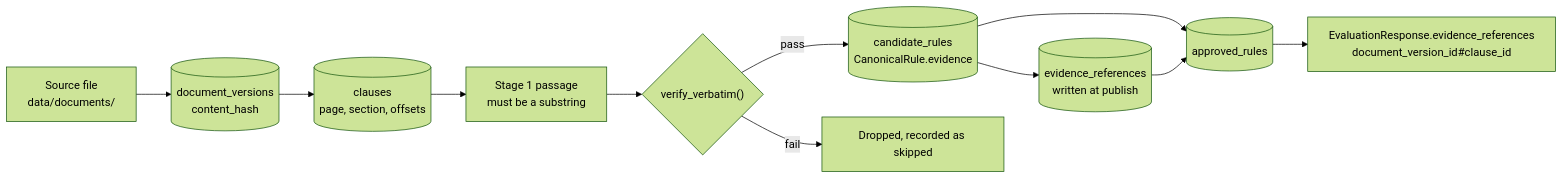
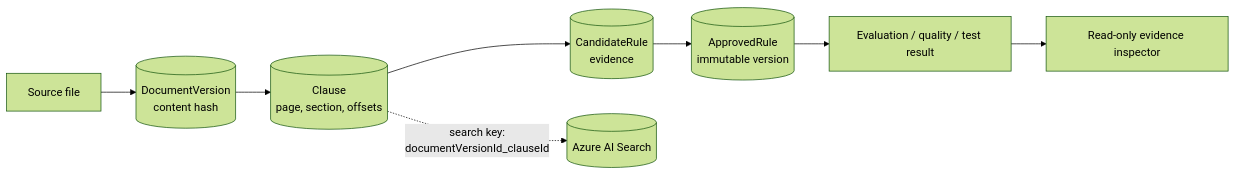
The second of 7 diagrams in docs/capability-flows.md (taomar/policy-governance-engine), drawn with Mermaid (forest theme) before and after one commit. The commit also changed other lines of this file and 3 other files, not shown here.

Commit message:
docs: simplify document control flows

````diff
--- a/docs/capability-flows.md
+++ b/docs/capability-flows.md
@@ -191,18 +53,13 @@
 ```mermaid
 flowchart LR
-    Src["Source file<br/>data/documents/"]
-    DV[("document_versions<br/>content_hash")]
-    Cl[("clauses<br/>page, section, offsets")]
-    P["Stage 1 passage<br/>must be a substring"]
-    Chk{"verify_verbatim()"}
-    Cand[("candidate_rules<br/>CanonicalRule.evidence")]
-    Ev[("evidence_references<br/>written at publish")]
-    Rule[("approved_rules")]
-    Resp["EvaluationResponse.evidence_references<br/>document_version_id#clause_id"]
+    Source["Source file"]
+    Version[("DocumentVersion<br/>content hash")]
+    Clause[("Clause<br/>page, section, offsets")]
+    Candidate[("CandidateRule<br/>evidence")]
+    Approved[("ApprovedRule<br/>immutable version")]
+    Result["Evaluation / quality / test result"]
+    Inspector["Read-only evidence inspector"]
 
-    Src --> DV --> Cl --> P --> Chk
-    Chk -- fail --> X["Dropped, recorded as skipped"]
-    Chk -- pass --> Cand --> Rule
-    Cand --> Ev --> Rule
-    Rule --> Resp
+    Source --> Version --> Clause --> Candidate --> Approved --> Result --> Inspector
+    Clause -. "search key:<br/>documentVersionId_clauseId" .-> Search[("Azure AI Search")]
 ```
````
